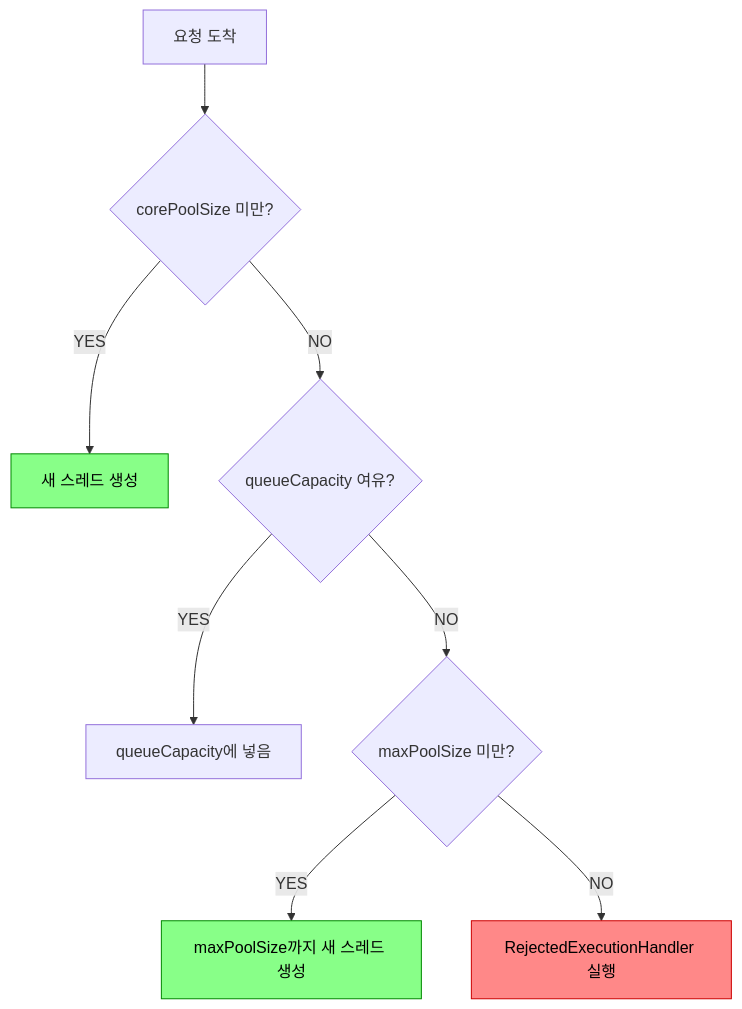
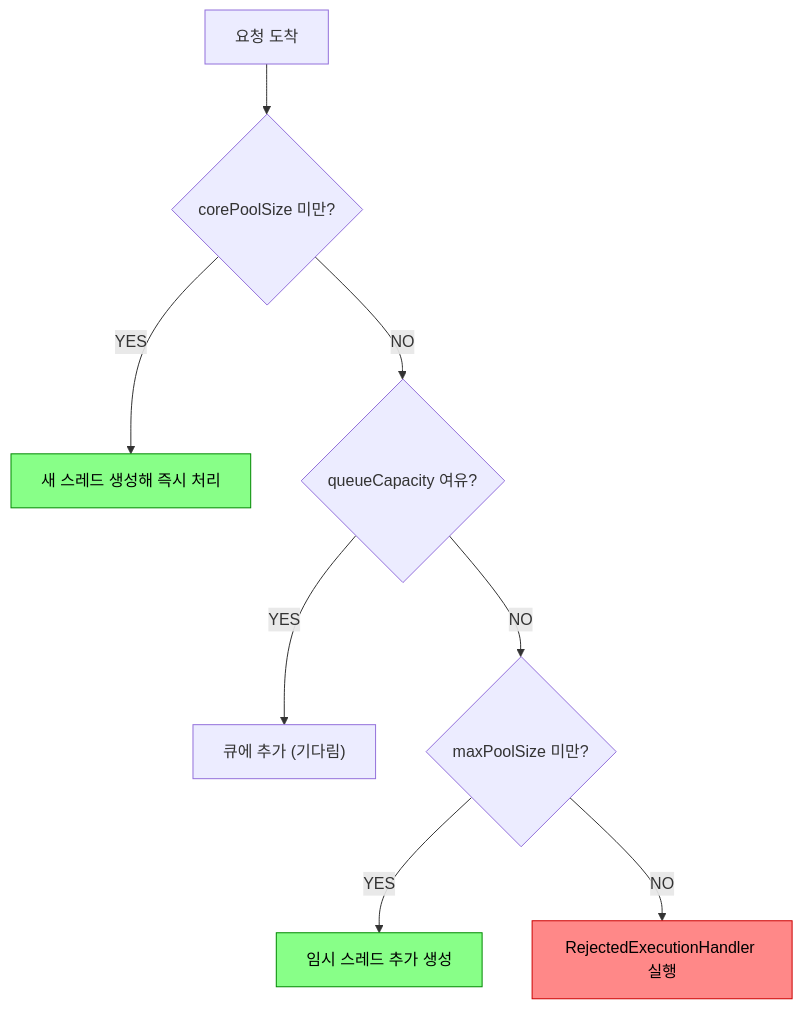
The second of 2 diagrams in _posts/spring/2026-05-01-spring-async.md (yjkim2015/yjkim2015.github.io), drawn with Mermaid before and after one commit. The commit also changed other lines of this file and 34 other files, not shown here.

First line of the commit message:
Full quality pass: 41 files — ASCII removed, 동작원리 보강, diagrams

```diff
--- a/_posts/spring/2026-05-01-spring-async.md
+++ b/_posts/spring/2026-05-01-spring-async.md
@@ -126,13 +150,13 @@
 <div class="mermaid">
 graph TD
-    REQ[요청 도착] --> C1{corePoolSize 미만?}
-    C1 -->|YES| T1[새 스레드 생성]
-    C1 -->|NO| C2{queueCapacity 여유?}
-    C2 -->|YES| Q[queueCapacity에 넣음]
-    C2 -->|NO| C3{maxPoolSize 미만?}
-    C3 -->|YES| T2[maxPoolSize까지 새 스레드 생성]
-    C3 -->|NO| REJ[RejectedExecutionHandler 실행]
+    REQ["요청 도착"] --> C1{"corePoolSize 미만?"}
+    C1 -->|"YES"| T1["새 스레드 생성해 즉시 처리"]
+    C1 -->|"NO"| C2{"queueCapacity 여유?"}
+    C2 -->|"YES"| Q["큐에 추가 (기다림)"]
+    C2 -->|"NO"| C3{"maxPoolSize 미만?"}
+    C3 -->|"YES"| T2["임시 스레드 추가 생성"]
+    C3 -->|"NO"| REJ["RejectedExecutionHandler 실행"]
     style REJ fill:#f88,stroke:#c00,color:#000
     style T1 fill:#8f8,stroke:#080,color:#000
     style T2 fill:#8f8,stroke:#080,color:#000
 </div>
```
